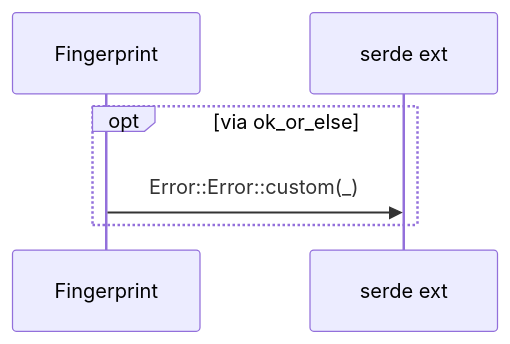
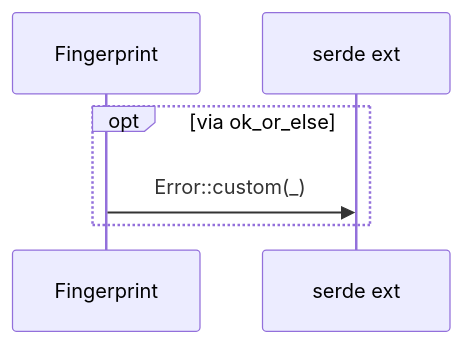
The sixth of 6 diagrams in docs/sealmap/crates/sealmap-model/src/hash.rs.md (DreamLab-AI/codemaid), drawn with Mermaid before and after one commit. The commit also changed other lines of this file and 29 other files, not shown here.

````diff
--- a/docs/sealmap/crates/sealmap-model/src/hash.rs.md
+++ b/docs/sealmap/crates/sealmap-model/src/hash.rs.md
@@ -102,8 +102,8 @@
 ```mermaid
 sequenceDiagram
   participant sealmap_model__hash___tFingerprint as Fingerprint
   participant _serde as serde ext
   opt via ok_or_else
-    sealmap_model__hash___tFingerprint->>_serde: Error::Error::custom(_)
+    sealmap_model__hash___tFingerprint->>_serde: Error::custom(_)
   end
 ```
````
